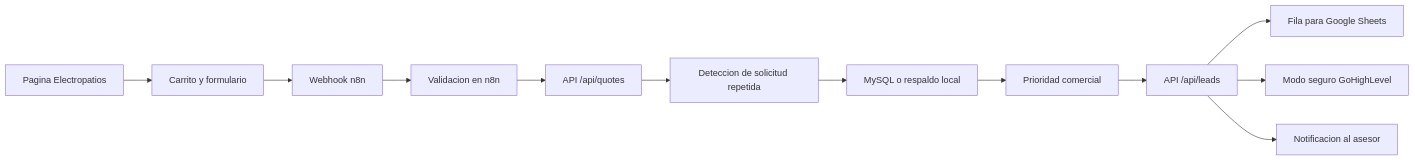
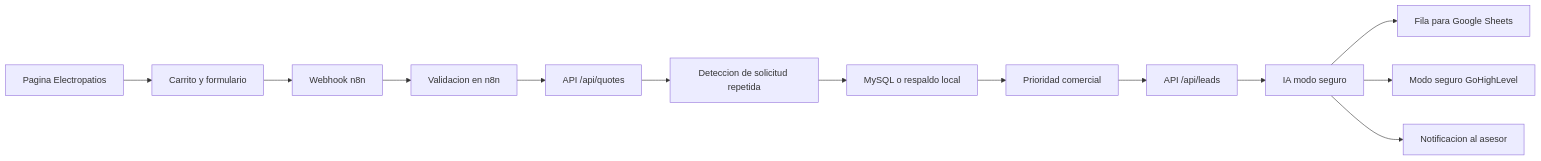
Before and after one commit to deyson24ivan/electropatios-quote-system: the diagram in README.md, drawn with Mermaid. The commit also changed other lines of this file and 13 other files, not shown here.

````diff
--- a/README.md
+++ b/README.md
@@ -126,14 +136,15 @@
 ```mermaid
 flowchart LR
   A["Pagina Electropatios"] --> B["Carrito y formulario"]
   B --> C["Webhook n8n"]
   C --> D["Validacion en n8n"]
   D --> E["API /api/quotes"]
   E --> F["Deteccion de solicitud repetida"]
   F --> G["MySQL o respaldo local"]
   G --> H["Prioridad comercial"]
   H --> I["API /api/leads"]
-  I --> J["Fila para Google Sheets"]
-  I --> K["Modo seguro GoHighLevel"]
-  I --> L["Notificacion al asesor"]
+  I --> J["IA modo seguro"]
+  J --> K["Fila para Google Sheets"]
+  J --> L["Modo seguro GoHighLevel"]
+  J --> M["Notificacion al asesor"]
 ```
````
